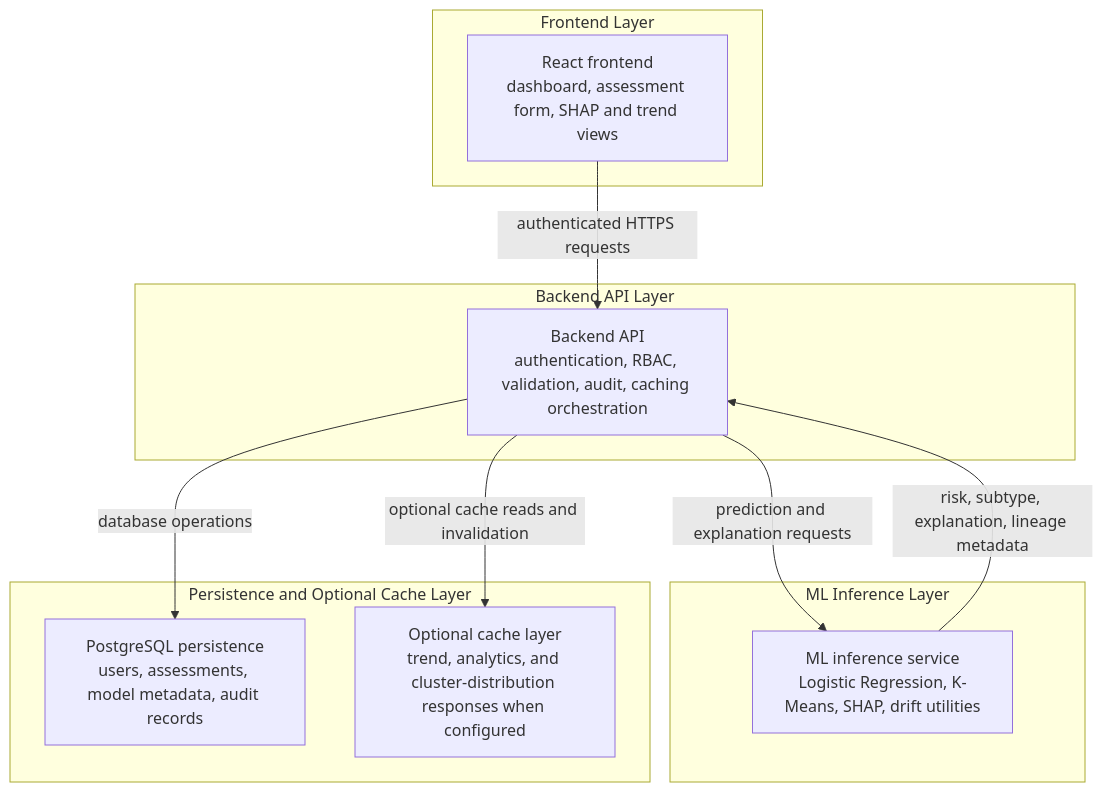
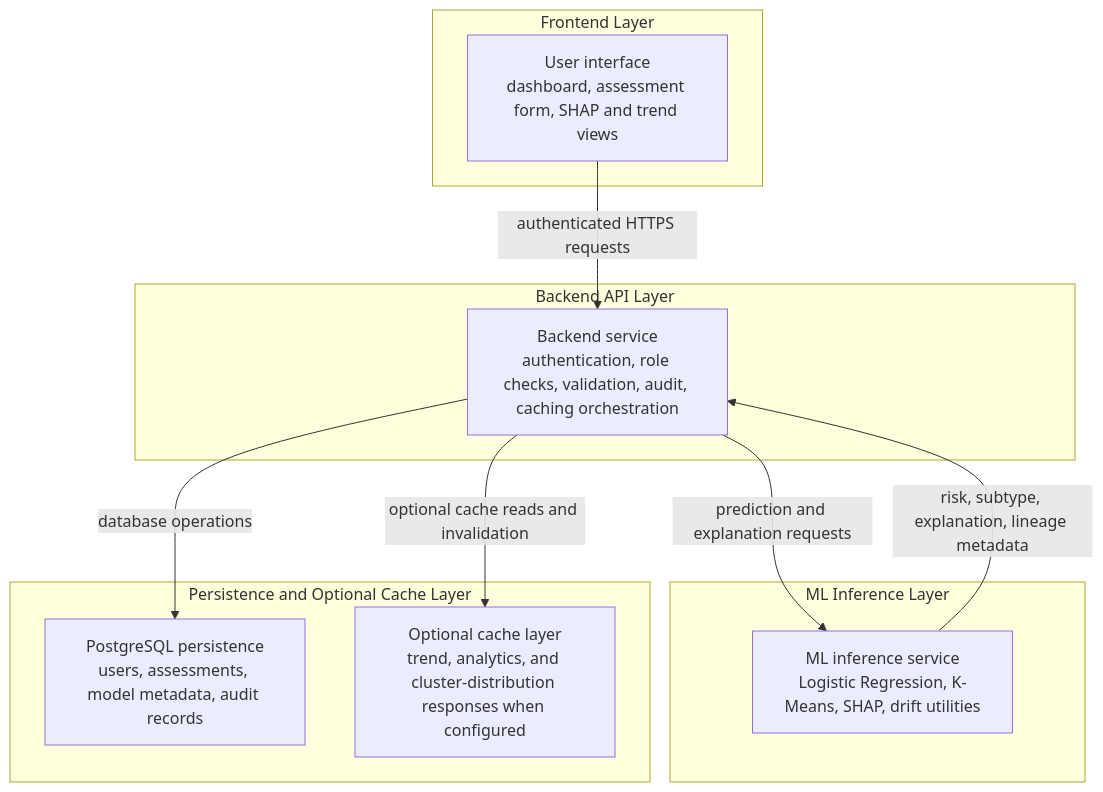
Before and after one commit to Skufu/DianaV2: the fourth of 5 diagrams in docs/07-research/thesis-drafts/ch3+4-final-academic-draft.md, drawn with Mermaid. The commit also changed other lines of this file, not shown here.

````diff
--- a/docs/07-research/thesis-drafts/ch3+4-final-academic-draft.md
+++ b/docs/07-research/thesis-drafts/ch3+4-final-academic-draft.md
@@ -323,25 +323,25 @@
 ```mermaid
 flowchart TB
     subgraph Client["Frontend Layer"]
-        A["React frontend<br/>dashboard, assessment form, SHAP and trend views"]
+        A["User interface<br/>dashboard, assessment form, SHAP and trend views"]
     end
 
     subgraph API["Backend API Layer"]
-        B["Backend API<br/>authentication, RBAC, validation, audit, caching orchestration"]
+        B["Backend service<br/>authentication, role checks, validation, audit, caching orchestration"]
     end
 
     subgraph ML["ML Inference Layer"]
         C["ML inference service<br/>Logistic Regression, K-Means, SHAP, drift utilities"]
     end
 
     subgraph Data["Persistence and Optional Cache Layer"]
         D["PostgreSQL persistence<br/>users, assessments, model metadata, audit records"]
         E["Optional cache layer<br/>trend, analytics, and cluster-distribution responses when configured"]
     end
 
     A -->|"authenticated HTTPS requests"| B
     B -->|"prediction and explanation requests"| C
     C -->|"risk, subtype, explanation, lineage metadata"| B
     B -->|"database operations"| D
     B -->|"optional cache reads and invalidation"| E
 ```
````
